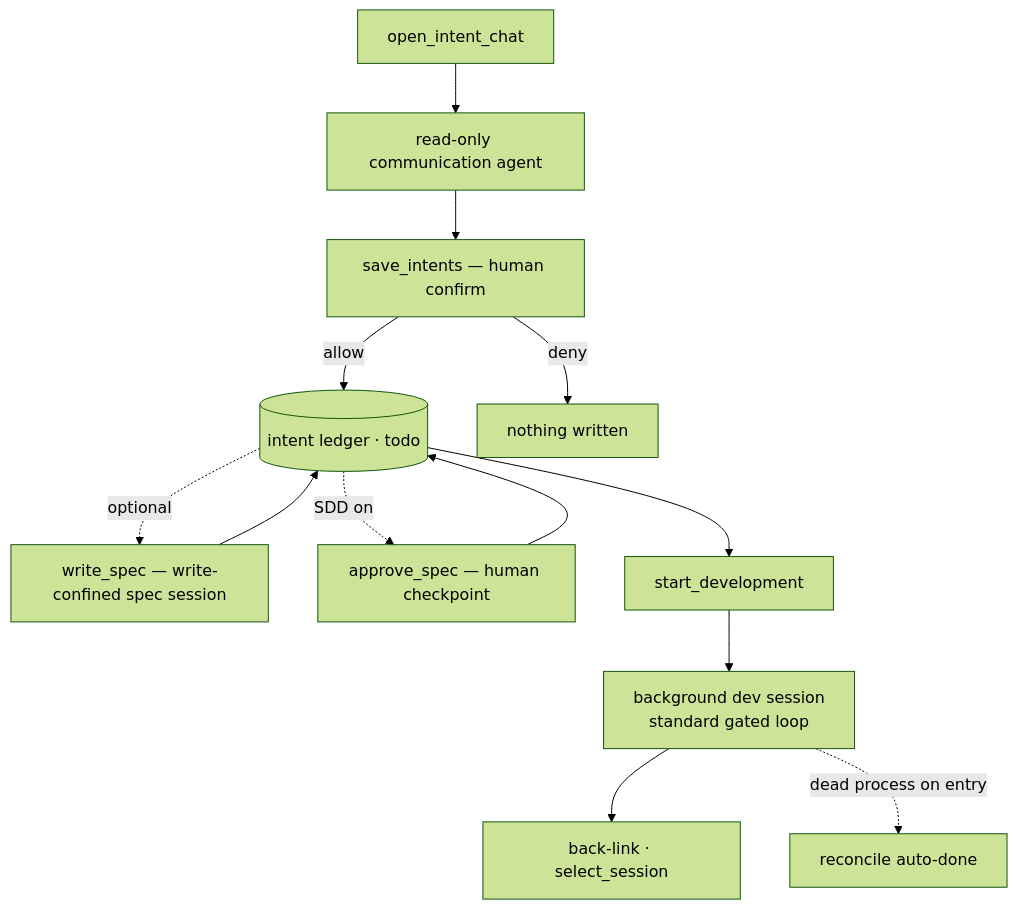
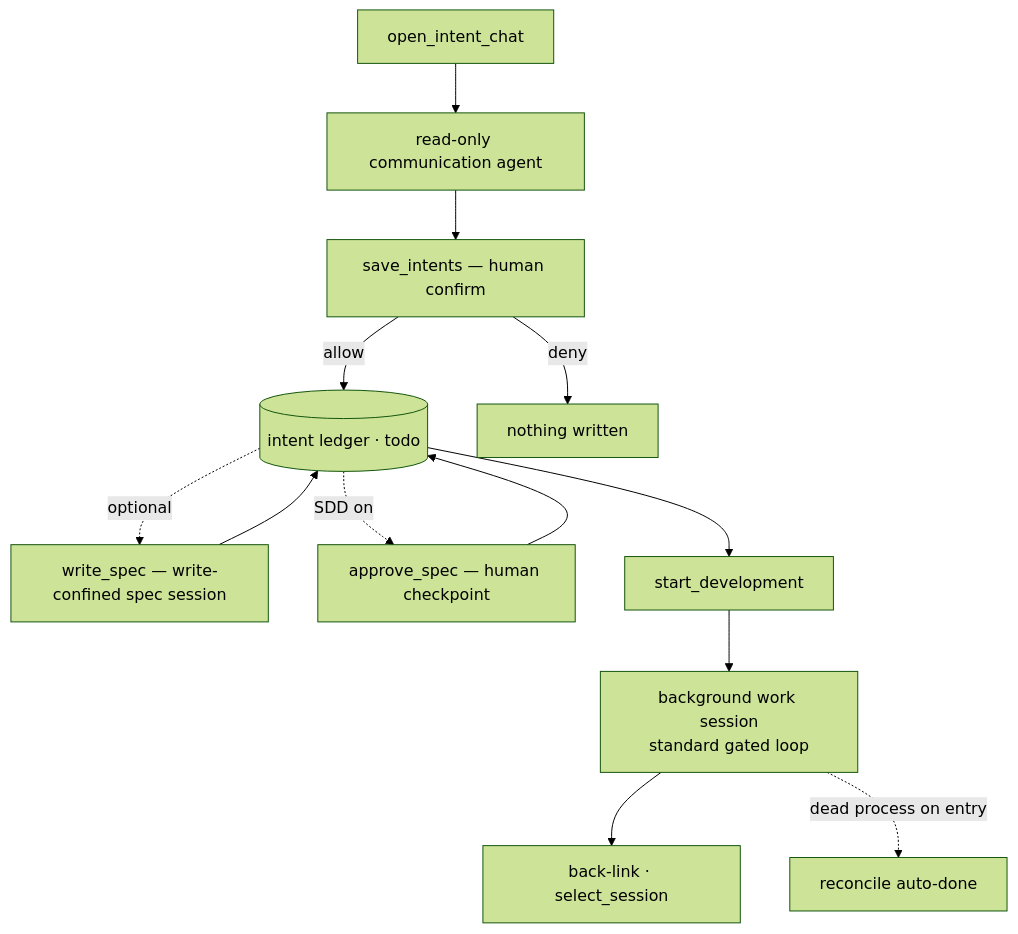
One commit to sequencestream/c3 changed the diagram in doc/flows/flow-intent-to-development.md. Above: the diagram before and after it, drawn with Mermaid (forest theme). The commit also changed other lines of this file and 56 other files, not shown here.

````diff
--- a/doc/flows/flow-intent-to-development.md
+++ b/doc/flows/flow-intent-to-development.md
@@ -16,15 +16,15 @@
 ```mermaid
 flowchart TD
     IDEA[open_intent_chat] --> COMM[read-only communication agent]
     COMM --> SAVE[save_intents — human confirm]
     SAVE -- allow --> LEDGER[(intent ledger · todo)]
     SAVE -- deny --> X[nothing written]
     LEDGER -. optional .-> SPEC[write_spec — write-confined spec session]
     SPEC --> LEDGER
     LEDGER -. SDD on .-> APPROVE[approve_spec — human checkpoint]
     APPROVE --> LEDGER
     LEDGER --> LAUNCH[start_development]
-    LAUNCH --> DEV[background dev session<br/>standard gated loop]
+    LAUNCH --> DEV[background work session<br/>standard gated loop]
     DEV --> LINK[back-link · select_session]
     DEV -. dead process on entry .-> REC[reconcile auto-done]
 ```
````
